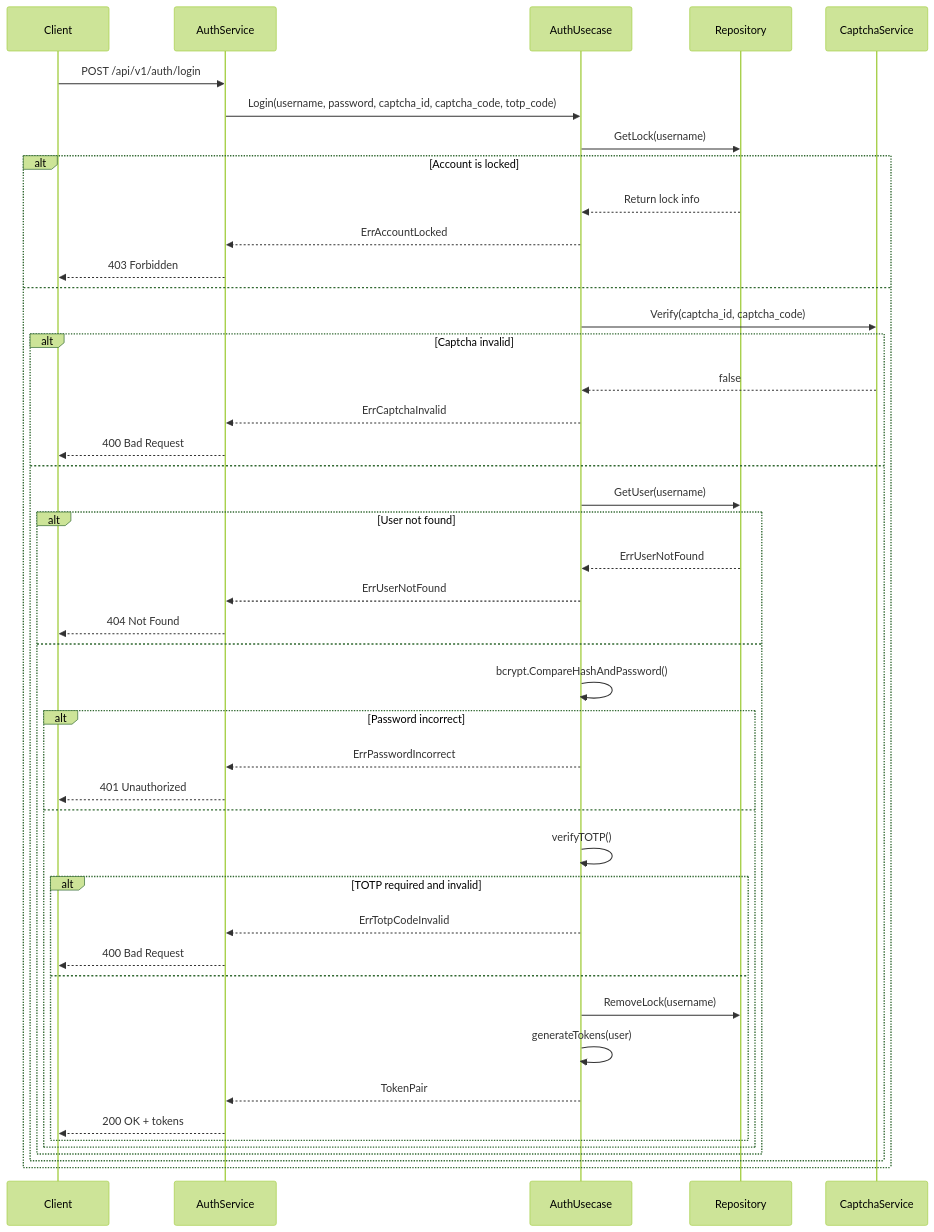
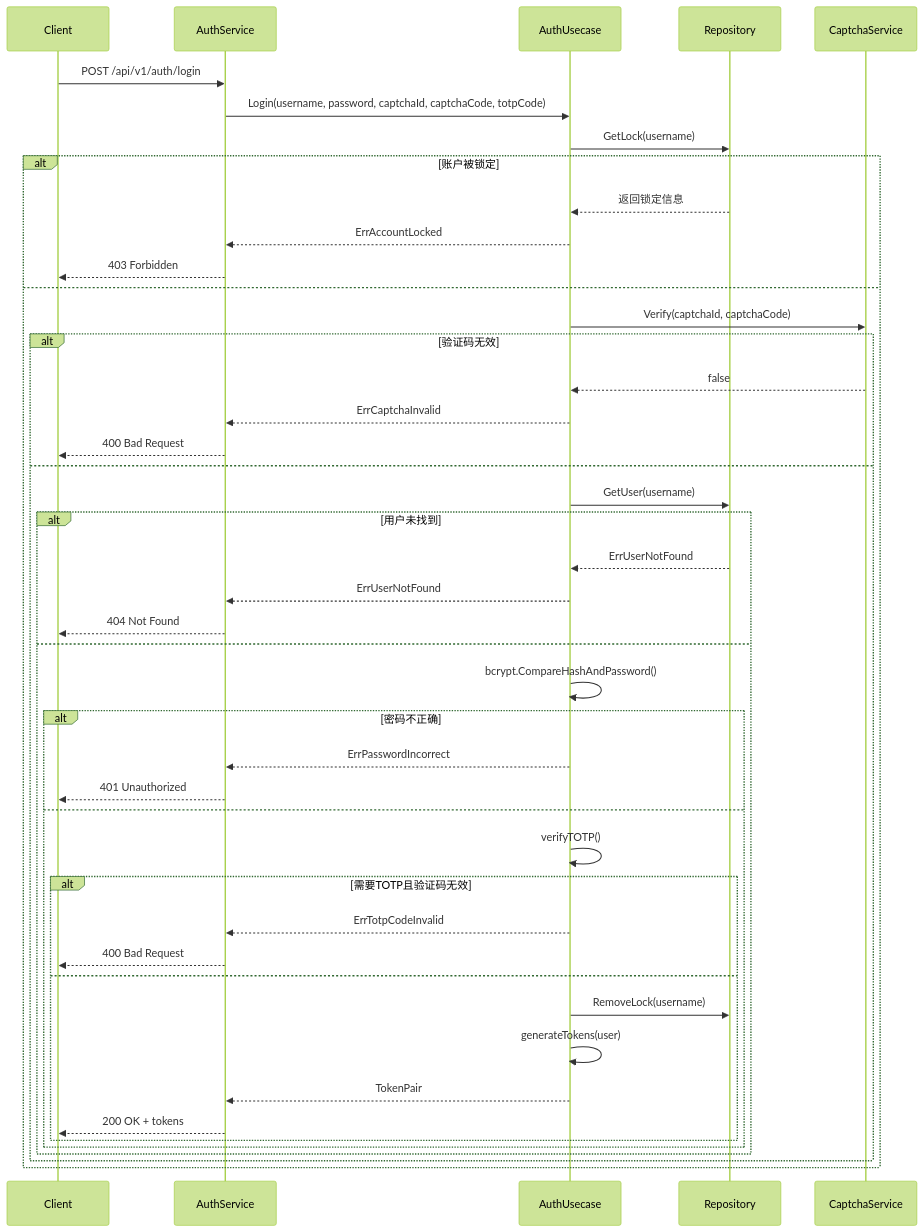
Before and after one commit to 26huitailang/kratos-boilerplate: the first of 2 diagrams in .qoder/repowiki/zh/content/API Reference/Authentication API/User Login.md, drawn with Mermaid (forest theme). The commit also changed other lines of this file and 31 other files, not shown here.

````diff
--- a/.qoder/repowiki/zh/content/API Reference/Authentication API/User Login.md
+++ b/.qoder/repowiki/zh/content/API Reference/Authentication API/User Login.md
@@ -83,47 +92,47 @@
 ```mermaid
 sequenceDiagram
 participant Client
 participant AuthService
 participant AuthUsecase
 participant Repository
 participant CaptchaService
 Client->>AuthService : POST /api/v1/auth/login
-AuthService->>AuthUsecase : Login(username, password, captcha_id, captcha_code, totp_code)
+AuthService->>AuthUsecase : Login(username, password, captchaId, captchaCode, totpCode)
 AuthUsecase->>Repository : GetLock(username)
-alt Account is locked
-Repository-->>AuthUsecase : Return lock info
+alt 账户被锁定
+Repository-->>AuthUsecase : 返回锁定信息
 AuthUsecase-->>AuthService : ErrAccountLocked
 AuthService-->>Client : 403 Forbidden
 else
-AuthUsecase->>CaptchaService : Verify(captcha_id, captcha_code)
-alt Captcha invalid
+AuthUsecase->>CaptchaService : Verify(captchaId, captchaCode)
+alt 验证码无效
 CaptchaService-->>AuthUsecase : false
 AuthUsecase-->>AuthService : ErrCaptchaInvalid
 AuthService-->>Client : 400 Bad Request
 else
 AuthUsecase->>Repository : GetUser(username)
-alt User not found
+alt 用户未找到
 Repository-->>AuthUsecase : ErrUserNotFound
 AuthUsecase-->>AuthService : ErrUserNotFound
 AuthService-->>Client : 404 Not Found
 else
 AuthUsecase->>AuthUsecase : bcrypt.CompareHashAndPassword()
-alt Password incorrect
+alt 密码不正确
 AuthUsecase-->>AuthService : ErrPasswordIncorrect
 AuthService-->>Client : 401 Unauthorized
 else
 AuthUsecase->>AuthUsecase : verifyTOTP()
-alt TOTP required and invalid
+alt 需要TOTP且验证码无效
 AuthUsecase-->>AuthService : ErrTotpCodeInvalid
 AuthService-->>Client : 400 Bad Request
 else
 AuthUsecase->>Repository : RemoveLock(username)
 AuthUsecase->>AuthUsecase : generateTokens(user)
 AuthUsecase-->>AuthService : TokenPair
 AuthService-->>Client : 200 OK + tokens
 end
 end
 end
 end
 end
 ```
````
